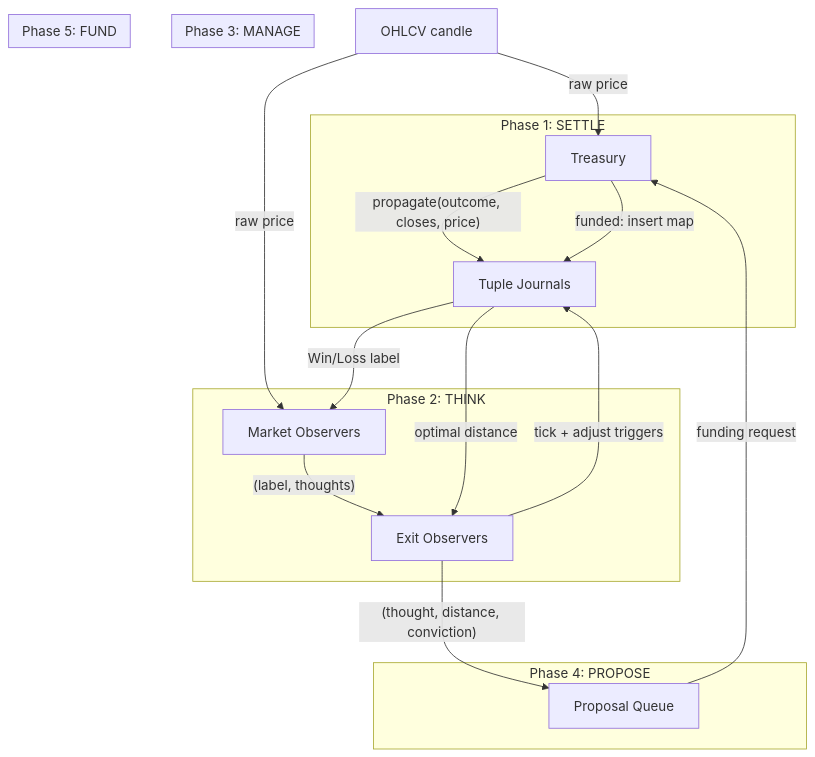
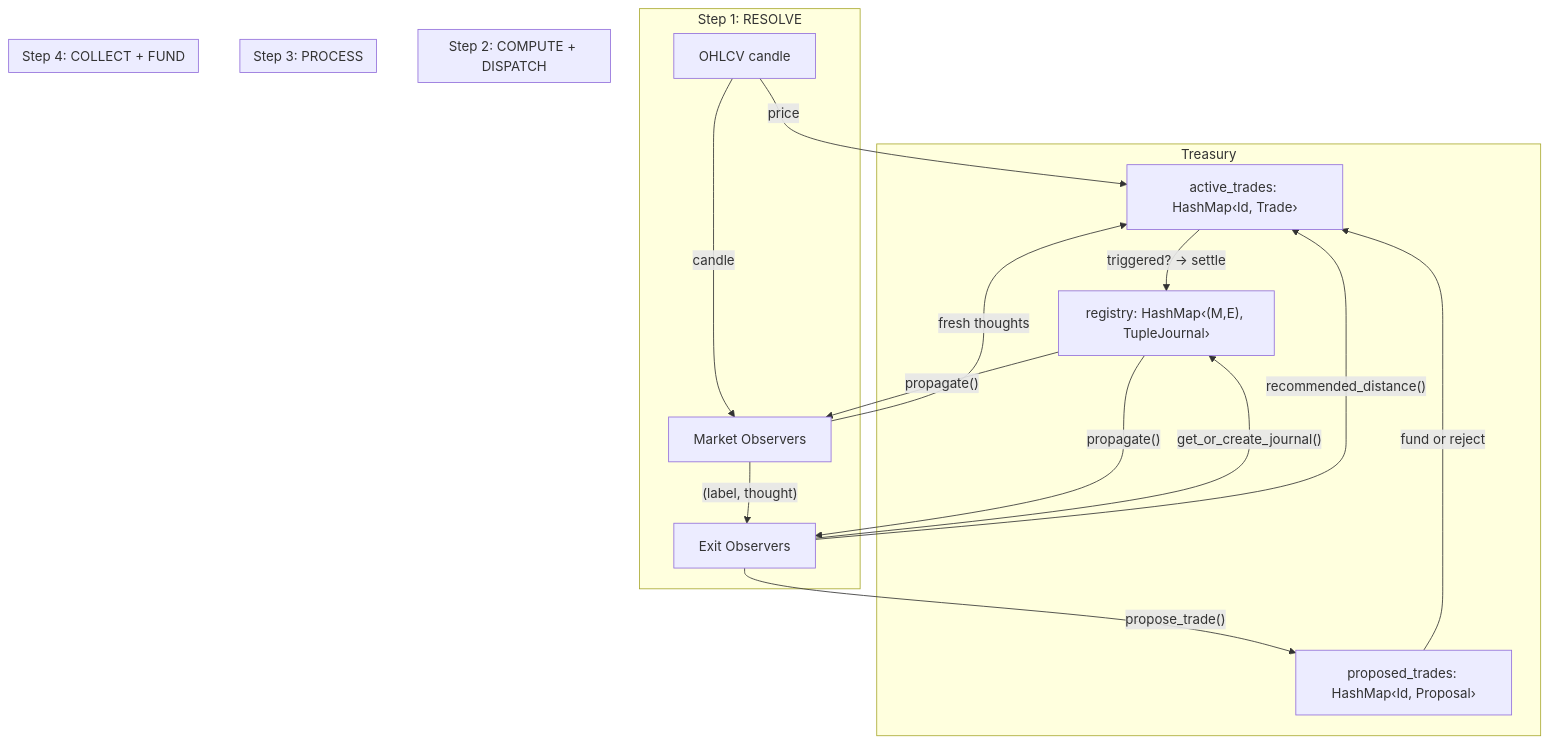
One commit to watmin/holon-lab-trading changed the diagram in docs/proposals/2026/04/007-exit-proposes/PROPOSAL.md. Above: the diagram before and after it, drawn with Mermaid. The commit also changed other lines of this file, not shown here.

Commit message:
proposal 007: fix signal flow — treasury holds all three maps, exit calls treasury directly
Step 2: exit observers call treasury.get_or_create_journal() and
treasury.propose_trade(). The tuple journal lives on the treasury.
Mermaid diagram shows the four steps and three maps.

````diff
--- a/docs/proposals/2026/04/007-exit-proposes/PROPOSAL.md
+++ b/docs/proposals/2026/04/007-exit-proposes/PROPOSAL.md
@@ -66,28 +66,33 @@
 ```mermaid
 flowchart TD
-    OHLCV[OHLCV candle] -->|raw price| Treasury
-    OHLCV -->|raw price| Market[Market Observers]
+    OHLCV[OHLCV candle]
 
-    subgraph "Phase 1: SETTLE"
-        Treasury -->|"propagate(outcome, closes, price)"| Tuple[Tuple Journals]
+    subgraph Treasury
+        Registry["registry: HashMap‹(M,E), TupleJournal›"]
+        Proposed["proposed_trades: HashMap‹Id, Proposal›"]
+        Active["active_trades: HashMap‹Id, Trade›"]
     end
 
-    subgraph "Phase 2: THINK"
-        Market -->|"(label, thoughts)"| Exit[Exit Observers]
+    subgraph "Step 1: RESOLVE"
+        OHLCV -->|price| Active
+        Active -->|"triggered? → settle"| Registry
+        Registry -->|"propagate()"| Market[Market Observers]
+        Registry -->|"propagate()"| Exit[Exit Observers]
     end
 
-    subgraph "Phase 3: MANAGE"
-        Exit -->|"tick + adjust triggers"| Tuple
-        Tuple -->|"optimal distance"| Exit
-        Tuple -->|"Win/Loss label"| Market
+    subgraph "Step 2: COMPUTE + DISPATCH"
+        OHLCV -->|candle| Market
+        Market -->|"(label, thought)"| Exit
+        Exit -->|"get_or_create_journal()"| Registry
+        Exit -->|"propose_trade()"| Proposed
     end
 
-    subgraph "Phase 4: PROPOSE"
-        Exit -->|"(thought, distance, conviction)"| Proposals[Proposal Queue]
+    subgraph "Step 3: PROCESS"
+        Market -->|"fresh thoughts"| Active
+        Exit -->|"recommended_distance()"| Active
     end
 
-    subgraph "Phase 5: FUND"
-        Proposals -->|funding request| Treasury
-        Treasury -->|"funded: insert map"| Tuple
+    subgraph "Step 4: COLLECT + FUND"
+        Proposed -->|"fund or reject"| Active
     end
 ```
````
